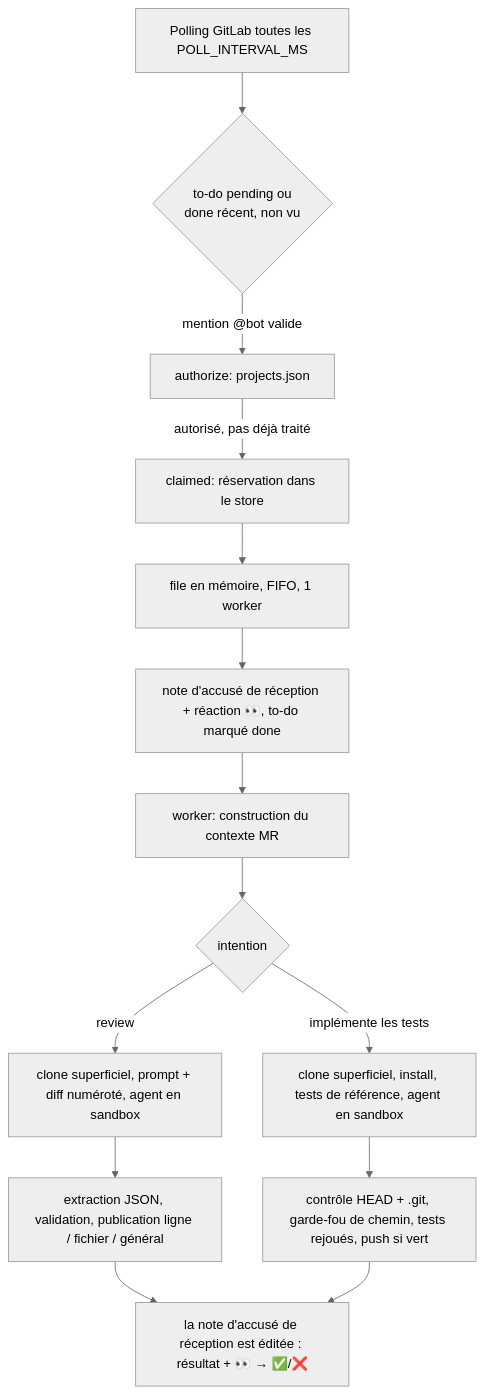
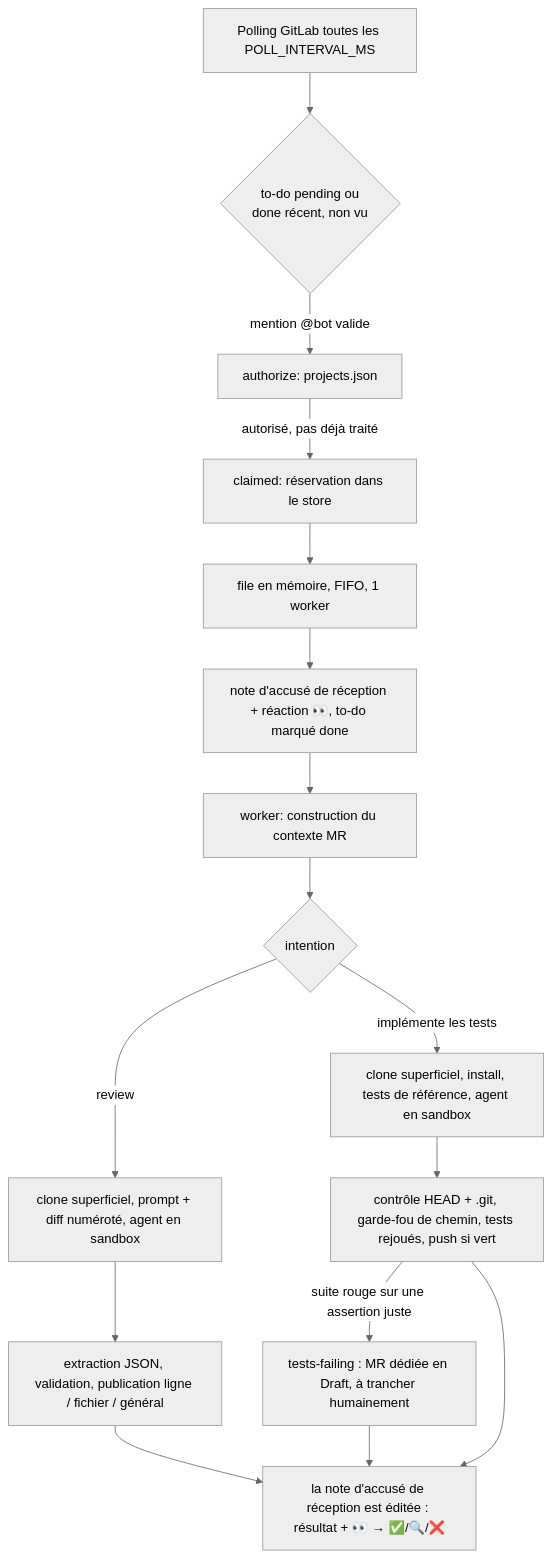
One commit to Impre-visible/cds-agent changed the diagram in README.md. Above: the diagram before and after it, drawn with Mermaid (neutral theme). The commit also changed other lines of this file and 5 other files, not shown here.

````diff
--- a/README.md
+++ b/README.md
@@ -40,16 +40,18 @@
 ```mermaid
 flowchart TD
     A[Polling GitLab toutes les POLL_INTERVAL_MS] --> B{to-do pending ou\ndone récent, non vu}
     B -->|mention @bot valide| C[authorize: projects.json]
     C -->|autorisé, pas déjà traité| D[claimed: réservation dans le store]
     D --> E[file en mémoire, FIFO, 1 worker]
     E --> F[note d'accusé de réception + réaction 👀, to-do marqué done]
     F --> G[worker: construction du contexte MR]
     G --> H{intention}
     H -->|review| I[clone superficiel, prompt + diff numéroté, agent en sandbox]
     I --> J[extraction JSON, validation, publication ligne / fichier / général]
     H -->|implémente les tests| K[clone superficiel, install, tests de référence, agent en sandbox]
     K --> L[contrôle HEAD + .git, garde-fou de chemin, tests rejoués, push si vert]
-    J --> M[la note d'accusé de réception est éditée : résultat + 👀 → ✅/❌]
+    L -->|suite rouge sur une assertion juste| N[tests-failing : MR dédiée en Draft, à trancher humainement]
+    N --> M
+    J --> M[la note d'accusé de réception est éditée : résultat + 👀 → ✅/🔍/❌]
     L --> M
 ```
````
